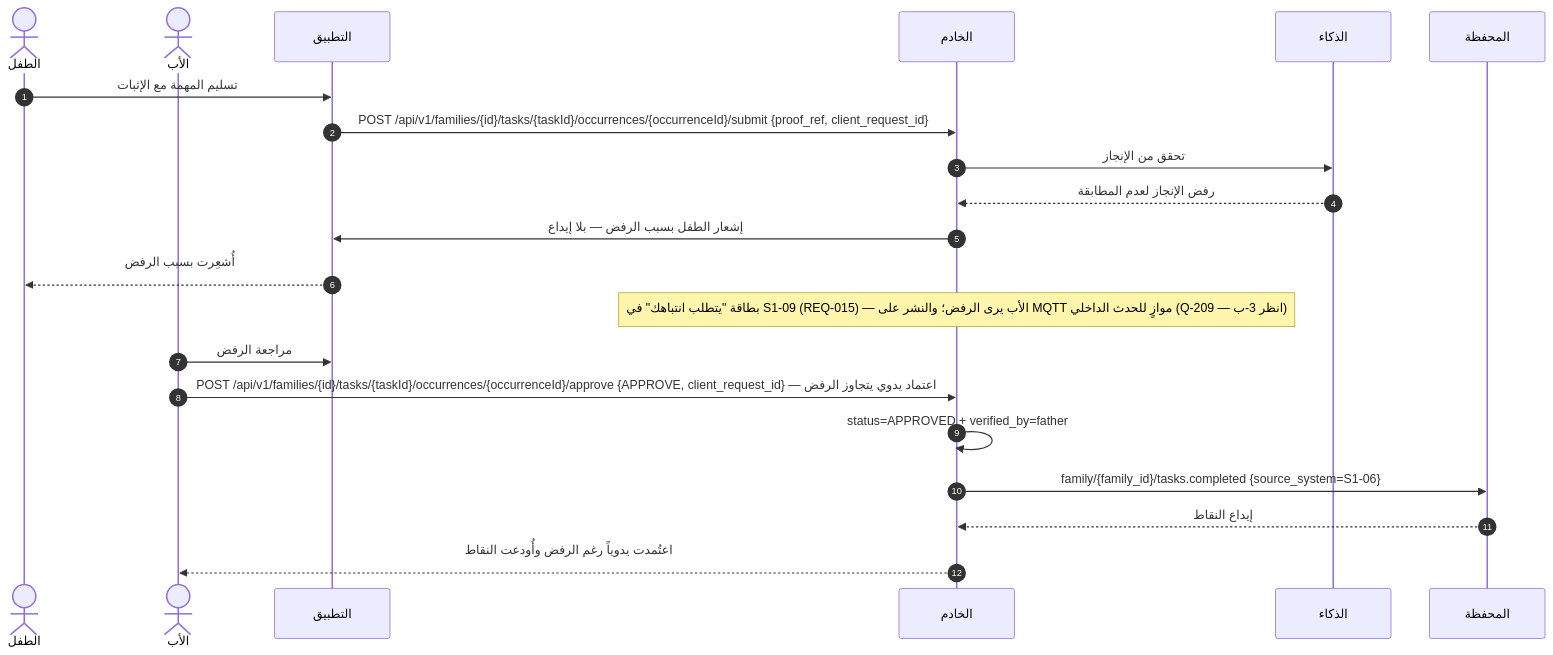
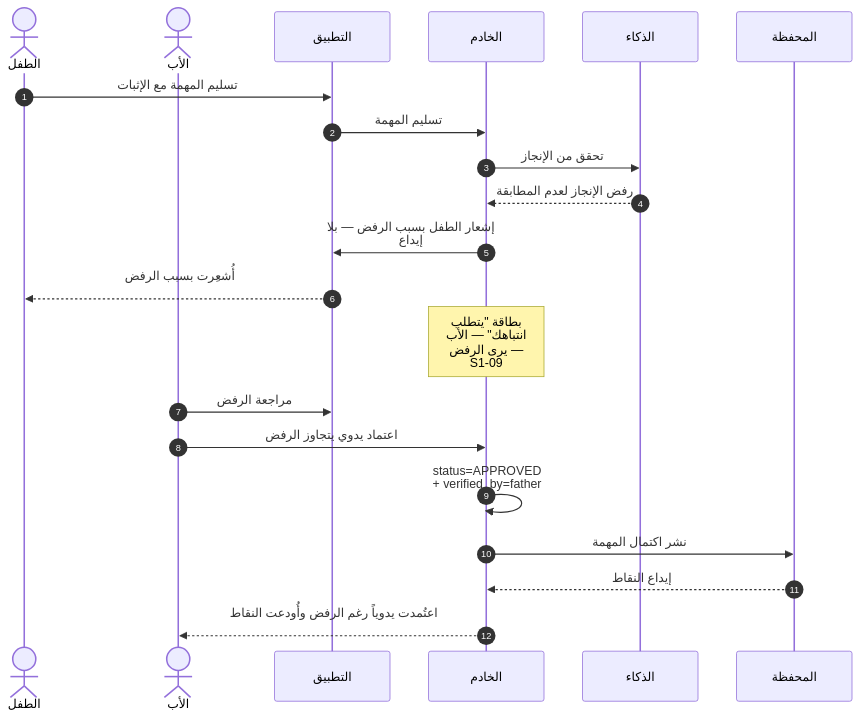
One commit to Bassam-mohammed-alqaeadi/family-os-v2 changed the tenth of 30 diagrams in docs/family-os/governance/phases/phase-1/S1-06-tasks-and-calendar/DIAGRAMS.md. Above: the diagram before and after it, drawn with Mermaid. The commit also changed other lines of this file, not shown here.

````diff
--- a/docs/family-os/governance/phases/phase-1/S1-06-tasks-and-calendar/DIAGRAMS.md
+++ b/docs/family-os/governance/phases/phase-1/S1-06-tasks-and-calendar/DIAGRAMS.md
@@ -345,23 +409,24 @@
 ```mermaid
+%%{init: {"sequence": {"wrap": true}}}%%
 sequenceDiagram
     autonumber
     actor Child as الطفل
     actor Father as الأب
     participant App as التطبيق
     participant Ktor as الخادم
     participant AI as الذكاء
     participant S105 as المحفظة
     Child->>App: تسليم المهمة مع الإثبات
-    App->>Ktor: POST /api/v1/families/{id}/tasks/{taskId}/occurrences/{occurrenceId}/submit {proof_ref, client_request_id}
+    App->>Ktor: تسليم المهمة
     Ktor->>AI: تحقق من الإنجاز
     AI-->>Ktor: رفض الإنجاز لعدم المطابقة
     Ktor->>App: إشعار الطفل بسبب الرفض — بلا إيداع
     App-->>Child: أُشعِرت بسبب الرفض
-    Note over Ktor: بطاقة "يتطلب انتباهك" في S1-09 (REQ-015) — الأب يرى الرفض؛ والنشر على MQTT موازٍ للحدث الداخلي (Q-209 — انظر 3-ب)
+    Note over Ktor: بطاقة "يتطلب انتباهك" — الأب يرى الرفض — S1-09
     Father->>App: مراجعة الرفض
-    Father->>Ktor: POST /api/v1/families/{id}/tasks/{taskId}/occurrences/{occurrenceId}/approve {APPROVE, client_request_id} — اعتماد يدوي يتجاوز الرفض
+    Father->>Ktor: اعتماد يدوي يتجاوز الرفض
     Ktor->>Ktor: status=APPROVED + verified_by=father
-    Ktor->>S105: family/{family_id}/tasks.completed {source_system=S1-06}
+    Ktor->>S105: نشر اكتمال المهمة
     S105-->>Ktor: إيداع النقاط
     Ktor-->>Father: اعتُمدت يدوياً رغم الرفض وأُودعت النقاط
 ```
````
